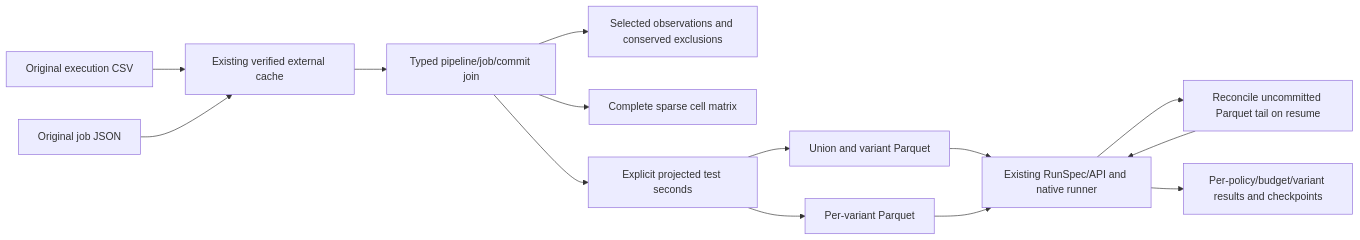
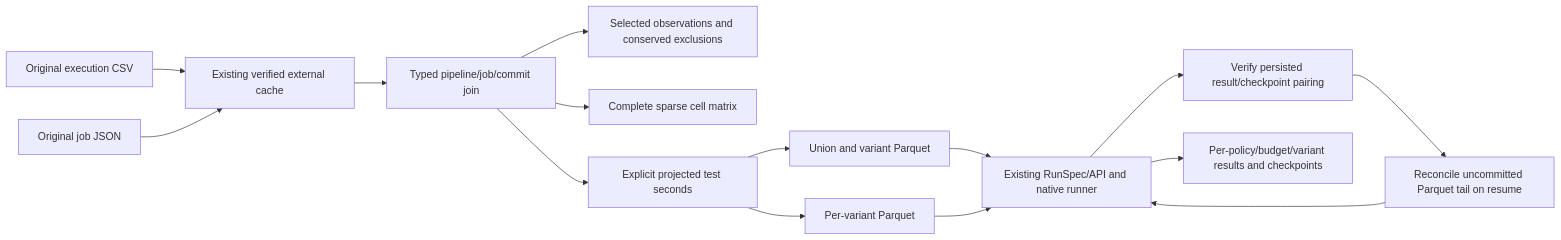
One commit to jacksonpradolima/coleman4hcs changed the diagram in docs/hcs-parquet-etl.md. Above: the diagram before and after it, drawn with Mermaid. The commit also changed other lines of this file and 8 other files, not shown here.

Commit message:
fix(results): bind checkpoint recovery to originating runs

````diff
--- a/docs/hcs-parquet-etl.md
+++ b/docs/hcs-parquet-etl.md
@@ -176,16 +176,17 @@
 ```mermaid
 flowchart LR
     CSV[Original execution CSV] --> Cache[Existing verified external cache]
     JSON[Original job JSON] --> Cache
     Cache --> Join[Typed pipeline/job/commit join]
     Join --> Evidence[Selected observations and conserved exclusions]
     Join --> Cells[Complete sparse cell matrix]
     Join --> Native[Explicit projected test seconds]
     Native --> WTS[Union and variant Parquet]
     Native --> VTS[Per-variant Parquet]
     WTS --> Runner[Existing RunSpec/API and native runner]
     VTS --> Runner
-    Runner --> Recovery[Reconcile uncommitted Parquet tail on resume]
+    Runner --> Pair[Verify persisted result/checkpoint pairing]
+    Pair --> Recovery[Reconcile uncommitted Parquet tail on resume]
     Recovery --> Runner
     Runner --> Results[Per-policy/budget/variant results and checkpoints]
 ```
````
